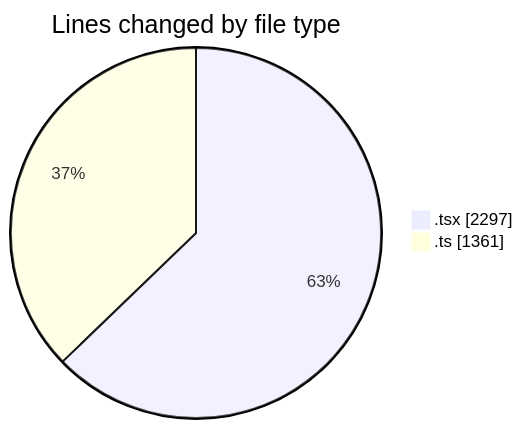
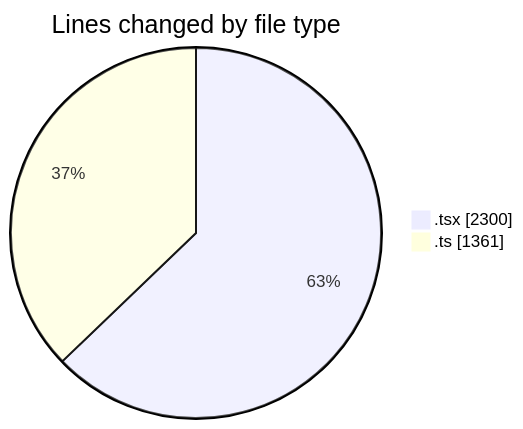
The first of 2 diagrams in 2026-03-06/nxtqube_webapp/README.md (nxtqubesakshisongat/code-tracking), drawn with Mermaid before and after one commit. The commit also changed other lines of this file and 1 other file, not shown here.

````diff
--- a/2026-03-06/nxtqube_webapp/README.md
+++ b/2026-03-06/nxtqube_webapp/README.md
@@ -29,6 +29,6 @@
 ```mermaid
 pie showData
 title Lines changed by file type
-".tsx" : 2297
+".tsx" : 2300
 ".ts" : 1361
 ```
````
